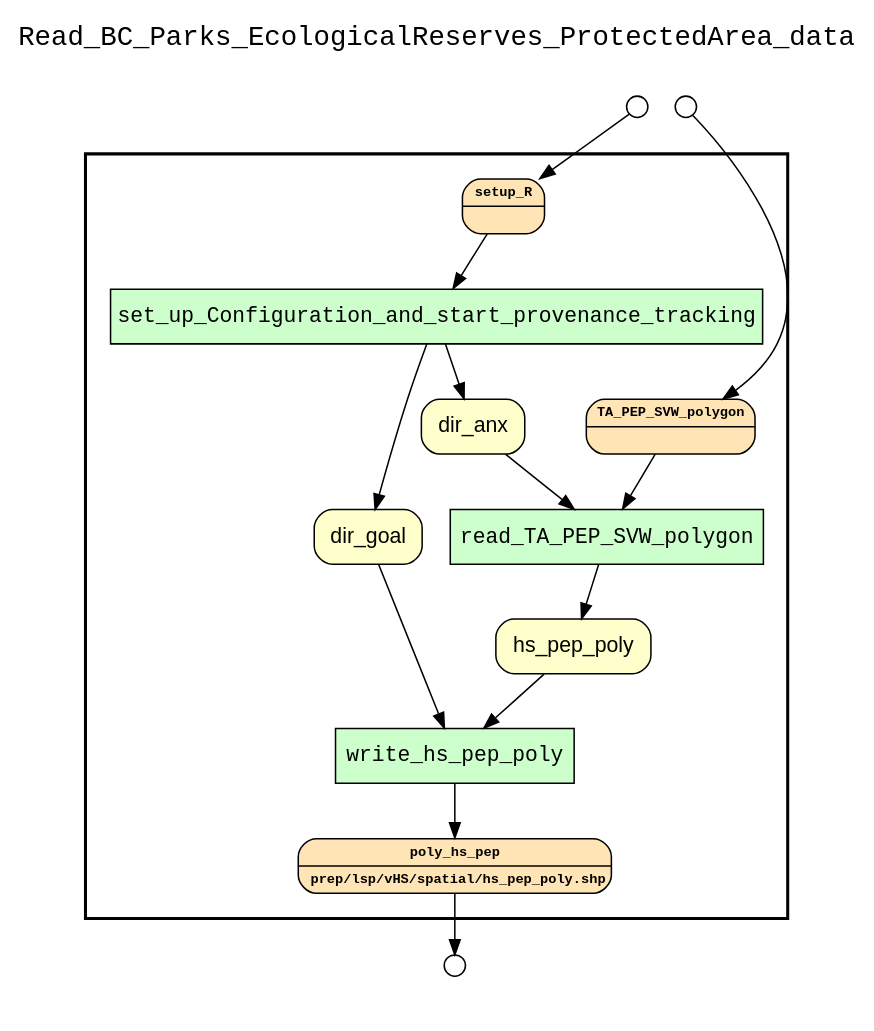
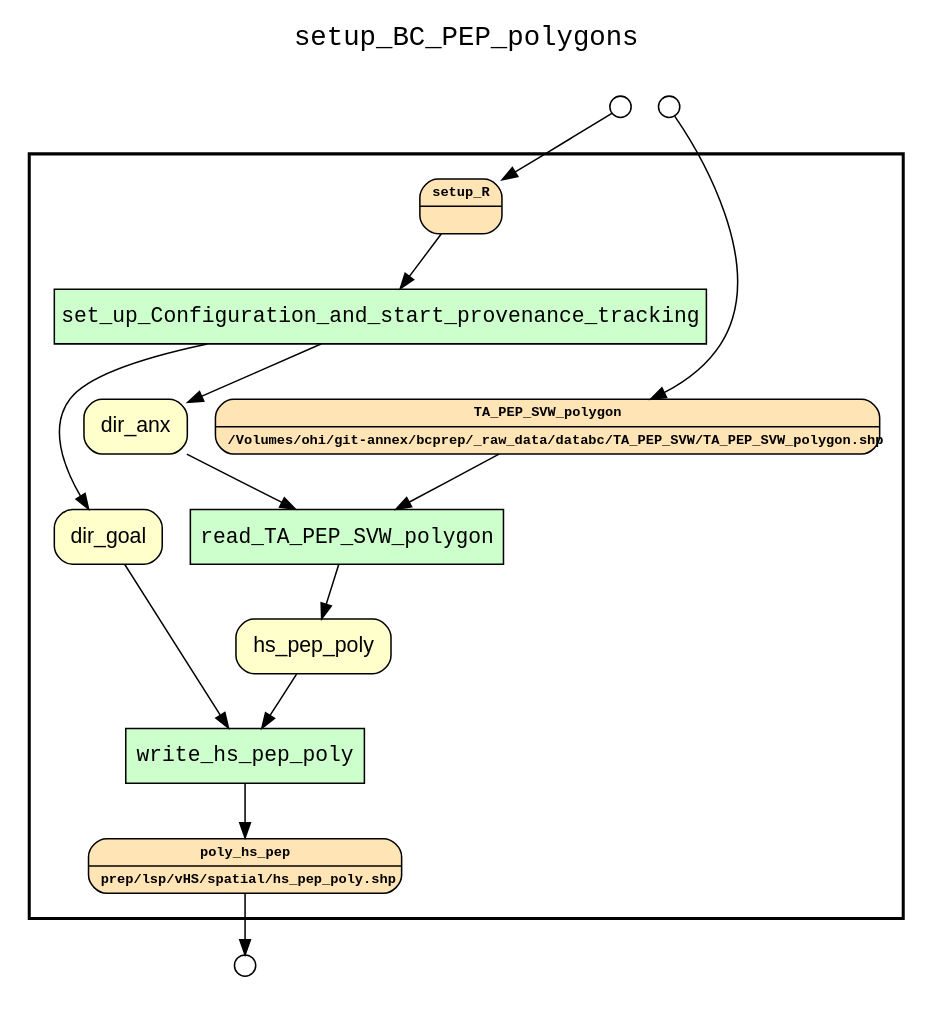
The diagram in examples/OHIBC_Howe_Sound/hybrid provenance queries/examples/setup_BC_PEP_polygons/results/wf_recon_upstream_of_poly_hs_pep.gv (sycao5/runManager-multipleRuns), drawn with Graphviz before and after one commit. The commit also changed 276 other files, not shown here.

Commit message:
Add updated URI template for setup_BC_PEP_polygons.R script and rerun the hybrid provenance query for all scripts with yw tags.

```diff
--- a/examples/OHIBC_Howe_Sound/hybrid provenance queries/examples/setup_BC_PEP_polygons/results/wf_recon_upstream_of_poly_hs_pep.gv
+++ b/examples/OHIBC_Howe_Sound/hybrid provenance queries/examples/setup_BC_PEP_polygons/results/wf_recon_upstream_of_poly_hs_pep.gv
@@ -1,47 +1,47 @@
 
 digraph yw_data_view {
 rankdir=TB
 fontname=Courier; fontsize=18; labelloc=t
-label="Read_BC_Parks_EcologicalReserves_ProtectedArea_data"
+label="setup_BC_PEP_polygons"
 subgraph cluster_workflow { label=""; color=black; penwidth=2
 subgraph cluster_workflow_inner { label=""; color=white
 node[shape=box style="filled" fillcolor="#CCFFCC" peripheries=1 fontname=Courier]
 read_TA_PEP_SVW_polygon
 set_up_Configuration_and_start_provenance_tracking
 write_hs_pep_poly
 node[shape=box style="filled" fillcolor="#CCFFCC" peripheries=1 fontname=Courier]
 node[shape=box style="rounded,filled" fillcolor="#FFFFCC" peripheries=1 fontname=Helvetica]
 dir_anx
 dir_goal
 hs_pep_poly
 node[shape=box style="rounded,filled" fillcolor="#FFE4B5" peripheries=1 fontname="Courier-Bold" fontsize=9]
 setup_R[shape=record rankdir=LR label="{<f0> setup_R |<f1>}"]
-TA_PEP_SVW_polygon[shape=record rankdir=LR label="{<f0> TA_PEP_SVW_polygon |<f1>}"]
+TA_PEP_SVW_polygon[shape=record rankdir=LR label="{<f0> TA_PEP_SVW_polygon |<f1>/Volumes/ohi/git-annex/bcprep/_raw_data/databc/TA_PEP_SVW/TA_PEP_SVW_polygon.shp\l}"]
 node[shape=box style="rounded,filled" fillcolor="#FFE4B5" peripheries=1 fontname="Courier-Bold" fontsize=9]
 poly_hs_pep[shape=record rankdir=LR label="{<f0> poly_hs_pep |<f1>prep/lsp/vHS/spatial/hs_pep_poly.shp\l}"]
 node[shape=box style="rounded,filled" fillcolor="#FFFFFF" peripheries=1 fontname=Helvetica]
 }}
 subgraph cluster_inflows { label=""; color=white; penwidth=2
 subgraph cluster_inflows_inner { label=""; color=white
 node[shape=circle fillcolor="#FFFFFF" peripheries=1 width=0.2]
 setup_R_inflow [label=""]
 TA_PEP_SVW_polygon_inflow [label=""]
 }}
 subgraph cluster_outflows { label=""; color=white; penwidth=2
 subgraph cluster_outflows_inner { label=""; color=white
 node[shape=circle fillcolor="#FFFFFF" peripheries=1 width=0.2]
 poly_hs_pep_outflow [label=""]
 }}
 hs_pep_poly -> write_hs_pep_poly
 TA_PEP_SVW_polygon -> read_TA_PEP_SVW_polygon
 dir_goal -> write_hs_pep_poly
 dir_anx -> read_TA_PEP_SVW_polygon
 setup_R -> set_up_Configuration_and_start_provenance_tracking
 set_up_Configuration_and_start_provenance_tracking -> dir_anx
 set_up_Configuration_and_start_provenance_tracking -> dir_goal
 read_TA_PEP_SVW_polygon -> hs_pep_poly
 write_hs_pep_poly -> poly_hs_pep
 setup_R_inflow -> setup_R
 TA_PEP_SVW_polygon_inflow -> TA_PEP_SVW_polygon
 poly_hs_pep -> poly_hs_pep_outflow
 }
```
